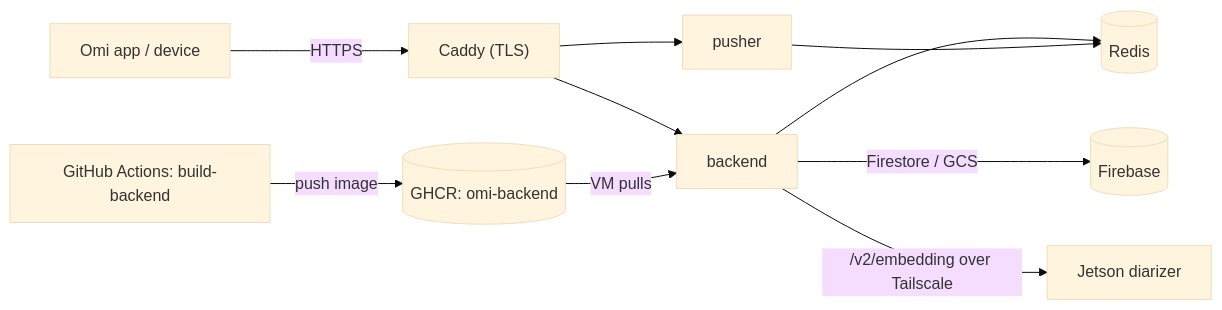
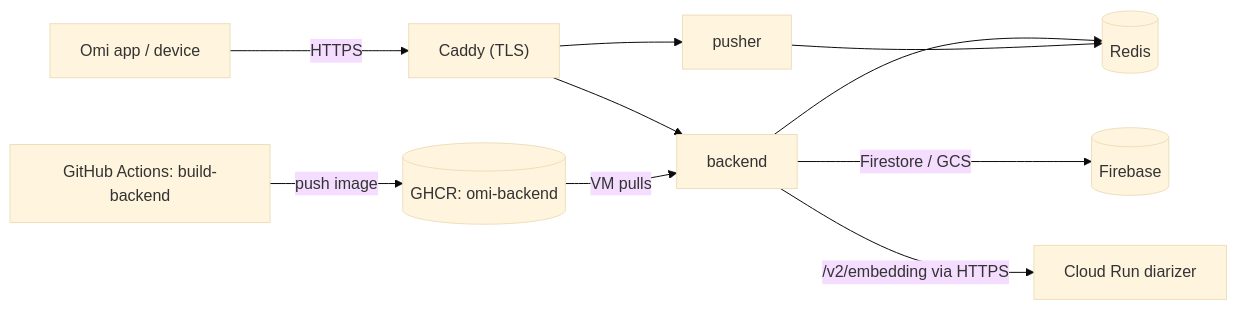
One commit to cybervoid/omi changed the first of 2 diagrams in selfhost/README.md. Above: the diagram before and after it, drawn with Mermaid (base theme). The commit also changed other lines of this file and 10 other files, not shown here.

Commit message:
docs: rename jetson-diarizer to diarizer and update references for Cloud Run migration

````diff
--- a/selfhost/README.md
+++ b/selfhost/README.md
@@ -26,12 +26,12 @@
 ```mermaid
 flowchart LR
   app["Omi app / device"] -->|HTTPS| caddy["Caddy (TLS)"]
   caddy --> backend["backend"]
   caddy --> pusher["pusher"]
   backend --> redis[("Redis")]
   pusher --> redis
   backend -->|Firestore / GCS| fb[("Firebase")]
-  backend -->|"/v2/embedding over Tailscale"| diar["Jetson diarizer"]
+  backend -->|"/v2/embedding via HTTPS"| diar["Cloud Run diarizer"]
   build["GitHub Actions: build-backend"] -->|push image| ghcr[("GHCR: omi-backend")]
   ghcr -->|VM pulls| backend
 ```
````
